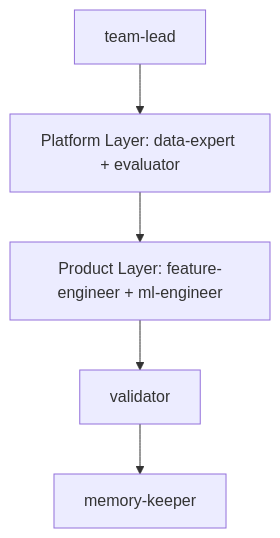
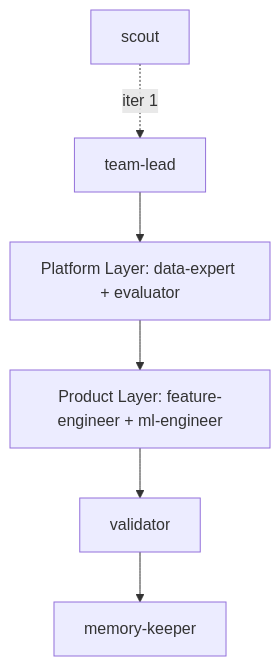
Before and after one commit to KameniAlexNea/gladius-agent: the diagram in gladius/topologies/templates/platform.md, drawn with Mermaid. The commit also changed other lines of this file and 8 other files, not shown here.

Commit message:
feat: introduce scout role for data reconnaissance and update topologies to include scout in iteration flow

````diff
--- a/gladius/topologies/templates/platform.md
+++ b/gladius/topologies/templates/platform.md
@@ -9,7 +9,8 @@
 ```mermaid
 graph TD
-    TL[team-lead] --> PL[Platform Layer: data-expert + evaluator]
+    SC[scout] -.->|iter 1| TL[team-lead]
+    TL --> PL[Platform Layer: data-expert + evaluator]
     PL --> PR[Product Layer: feature-engineer + ml-engineer]
     PR --> V[validator]
     V --> MK[memory-keeper]
 ```
````
